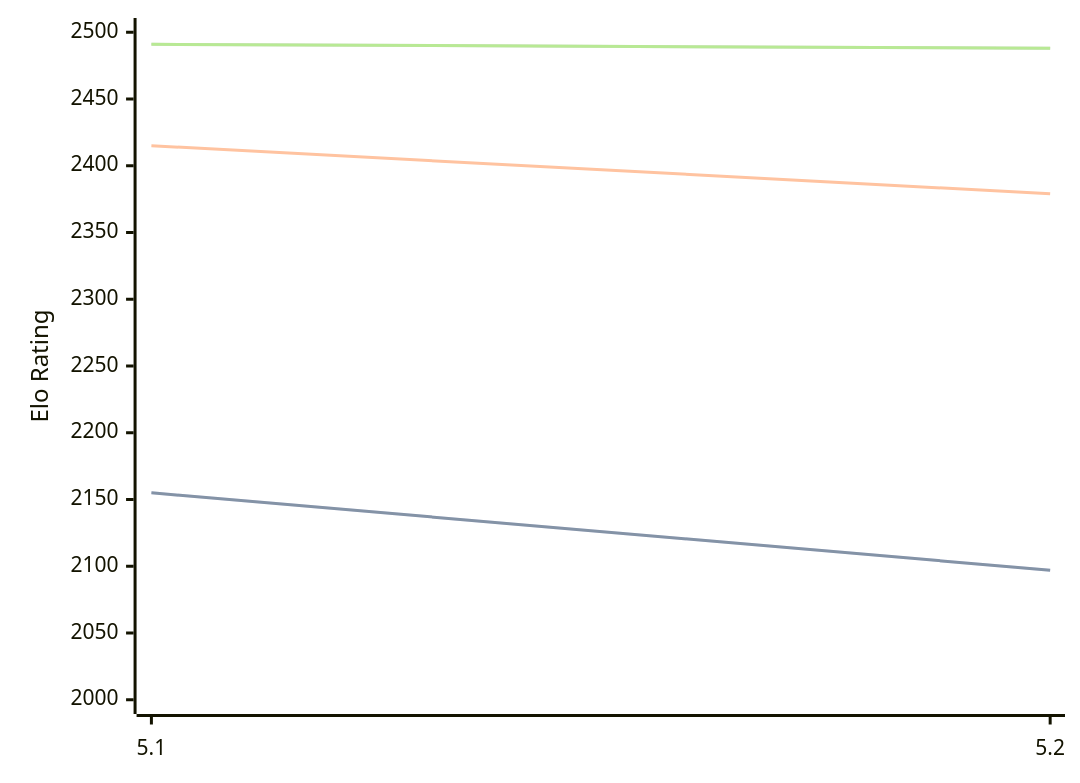
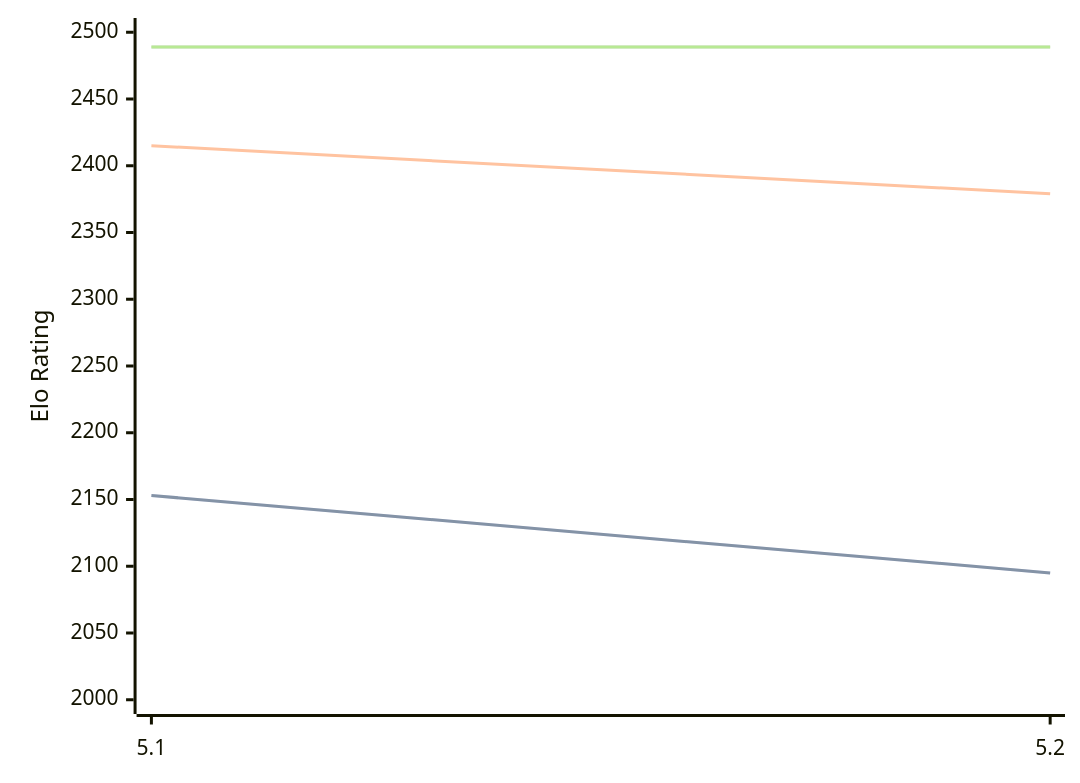
The diagram in engines/Prophet.md (computer-chess-index/cci), drawn with Mermaid before and after one commit. The commit also changed other lines of this file, not shown here.

Commit message:
Update CCI Ratings (ELO VLTC) - 2026-07-27

````diff
--- a/engines/Prophet.md
+++ b/engines/Prophet.md
@@ -38,11 +38,11 @@
 ```mermaid
 %%{init: {"theme":"base","themeVariables":{"seriesColors:['#a3a3a3','#222221','#faa371']}}}%%
 xychart-beta
   x-axis ["5.1", "5.2"]
   y-axis "Elo Rating" 2000 --> 2500
-  line "STC (8.0+0.08s)" [2155, 2097]
-  line "STC (8.0+0.08s)" [2155, 2097]
+  line "STC (8.0+0.08s)" [2153, 2095]
+  line "STC (8.0+0.08s)" [2153, 2095]
   line "LTC (60.0+0.60s)" [2415, 2379]
-  line "VLTC (2m24s+1.12s)" [2491, 2488]
-  line "VLTC (2m24s+1.12s)" [2491, 2488]
+  line "VLTC (2m24s+1.12s)" [2489, 2489]
+  line "VLTC (2m24s+1.12s)" [2489, 2489]
 ```
````
